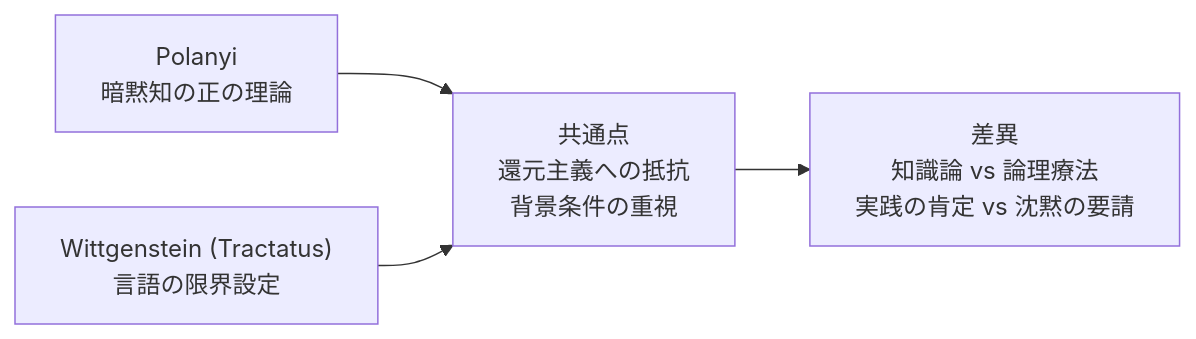
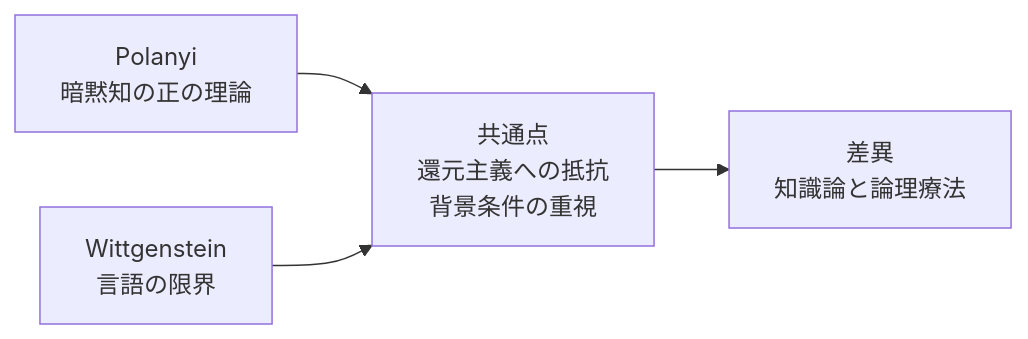
The first of 2 diagrams in src/content/blog/polanyi-wittgenstein-tacit-knowledge.mdx (daylight55/research), drawn with Mermaid before and after one commit. The commit also changed other lines of this file and 20 other files, not shown here.

Commit message:
Mermaid図の表示サイズを調整

````diff
--- a/src/content/blog/polanyi-wittgenstein-tacit-knowledge.mdx
+++ b/src/content/blog/polanyi-wittgenstein-tacit-knowledge.mdx
@@ -37,6 +37,6 @@
 ```mermaid
 flowchart LR
   P["Polanyi<br/>暗黙知の正の理論"] --> C["共通点<br/>還元主義への抵抗<br/>背景条件の重視"]
-  W["Wittgenstein (Tractatus)<br/>言語の限界設定"] --> C
-  C --> D["差異<br/>知識論 vs 論理療法<br/>実践の肯定 vs 沈黙の要請"]
+  W["Wittgenstein<br/>言語の限界"] --> C
+  C --> D["差異<br/>知識論と論理療法"]
 ```
````
